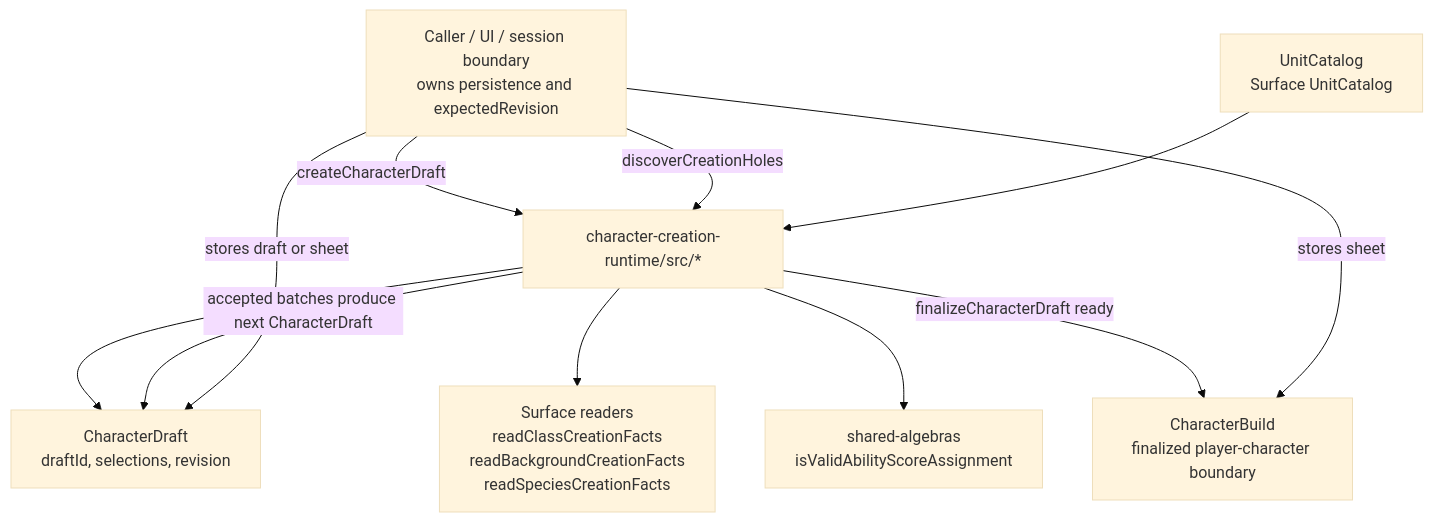
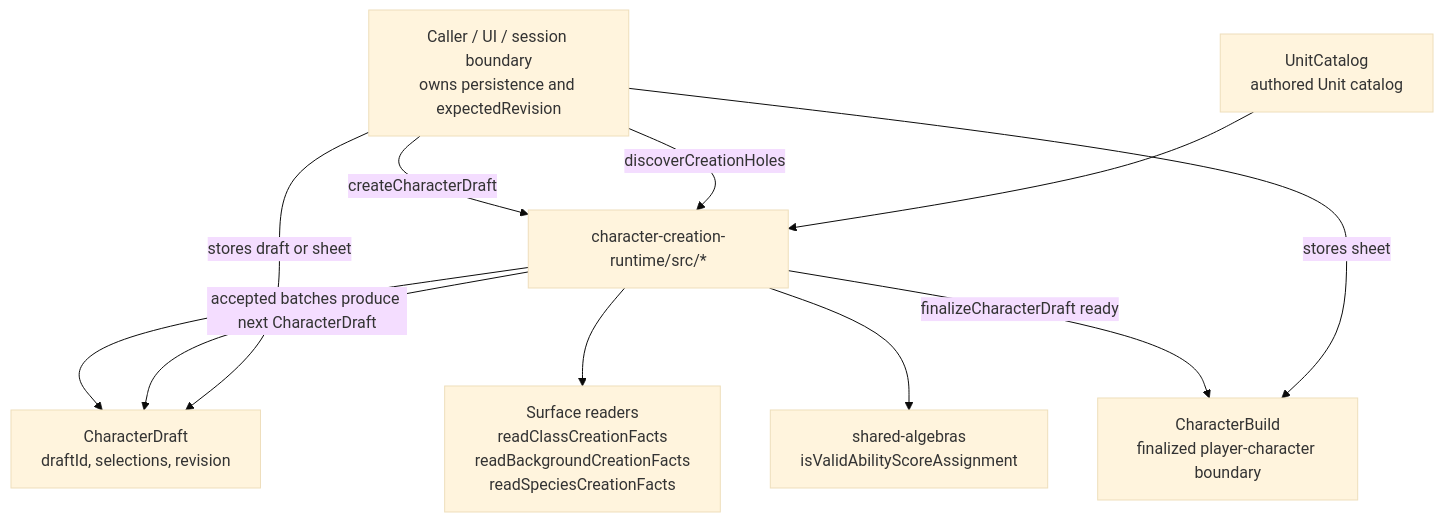
One commit to dearlordylord/5e-quint changed the first of 10 diagrams in packages/character-creation-runtime/EXPLANATORY_TIME_DIAGRAM.md. Above: the diagram before and after it, drawn with Mermaid (base theme). The commit also changed 46 other files, not shown here.

````diff
--- a/packages/character-creation-runtime/EXPLANATORY_TIME_DIAGRAM.md
+++ b/packages/character-creation-runtime/EXPLANATORY_TIME_DIAGRAM.md
@@ -37,21 +37,21 @@
 ```mermaid
 flowchart TD
   Caller["Caller / UI / session boundary<br/>owns persistence and expectedRevision"]
   Draft["CharacterDraft<br/>draftId, selections, revision"]
-  Catalog["UnitCatalog<br/>Surface UnitCatalog"]
+  Catalog["UnitCatalog<br/>authored Unit catalog"]
   Runtime["character-creation-runtime/src/*"]
   SurfaceReaders["Surface readers<br/>readClassCreationFacts<br/>readBackgroundCreationFacts<br/>readSpeciesCreationFacts"]
   SharedAlgebra["shared-algebras<br/>isValidAbilityScoreAssignment"]
   Sheet["CharacterBuild<br/>finalized player-character boundary"]
 
   Caller -->|createCharacterDraft| Runtime
   Runtime --> Draft
   Caller -->|discoverCreationHoles| Runtime
   Catalog --> Runtime
   Runtime --> SurfaceReaders
   Runtime --> SharedAlgebra
   Runtime -->|accepted batches produce next CharacterDraft| Draft
   Runtime -->|finalizeCharacterDraft ready| Sheet
   Caller -->|stores draft or sheet| Draft
   Caller -->|stores sheet| Sheet
 ```
````
